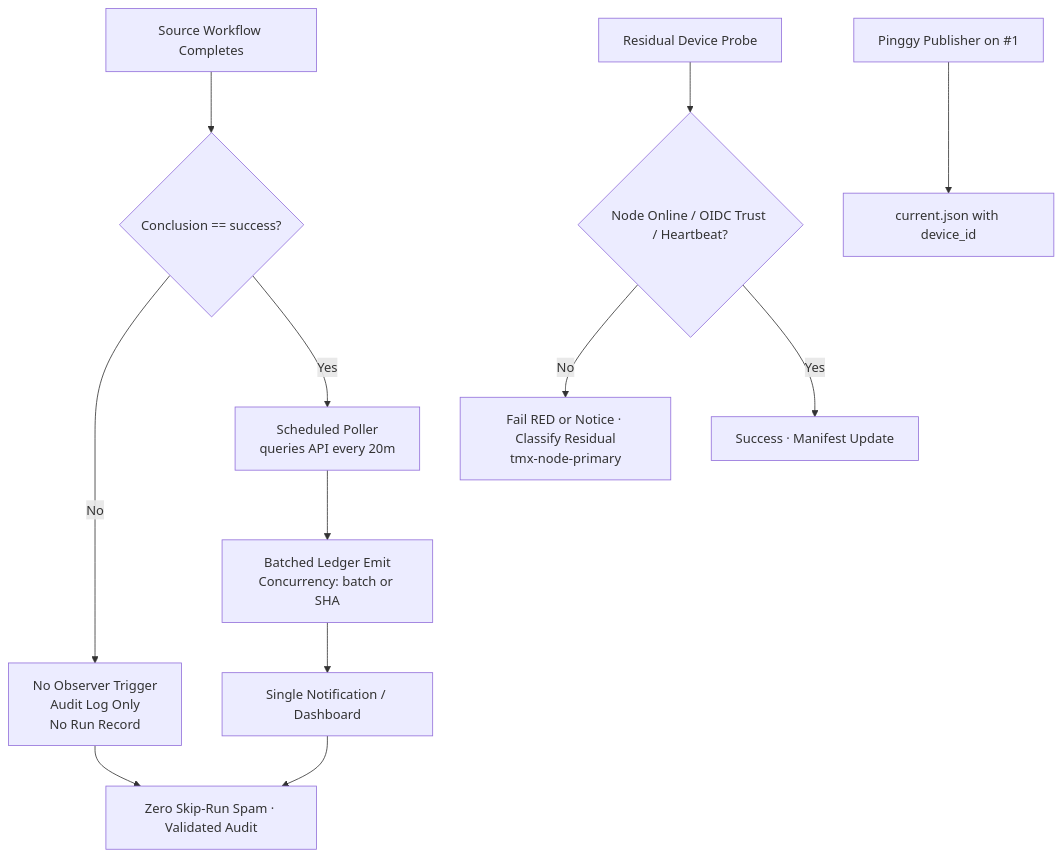
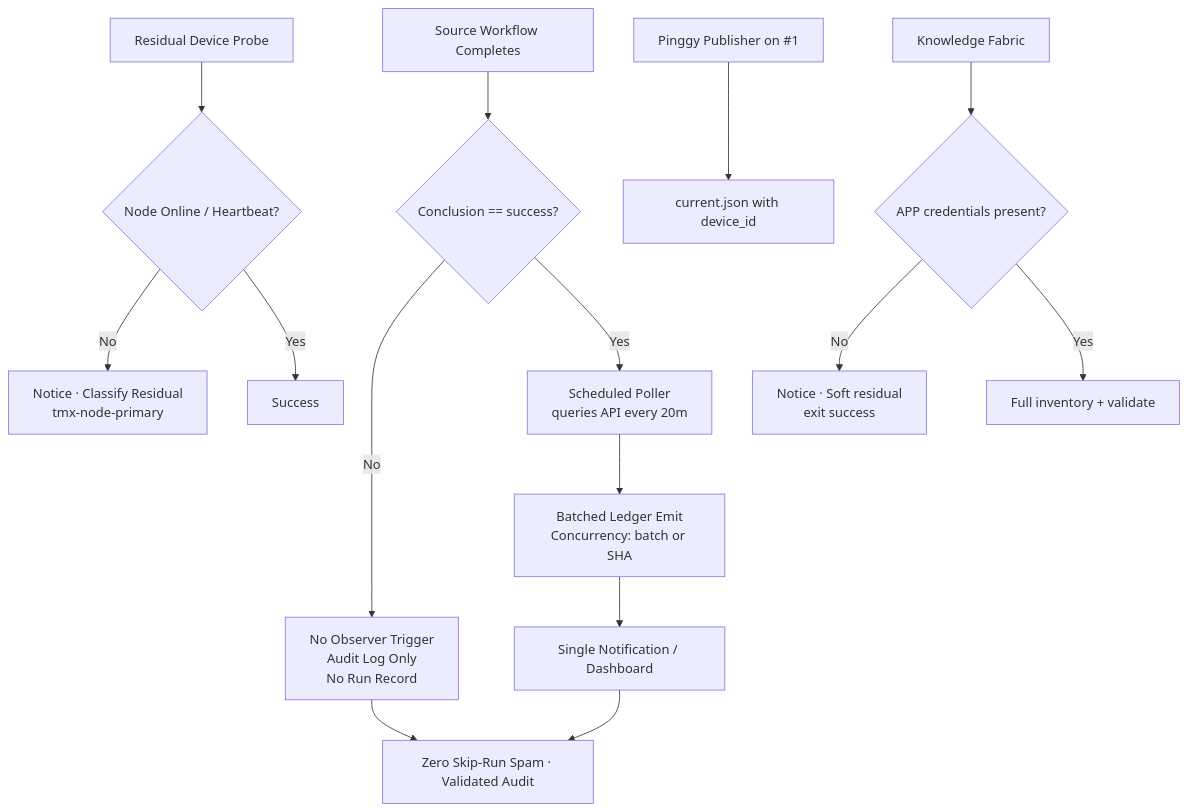
Before and after one commit to timerloggedout-spec/termux-monorepo: the diagram in docs/ops/ACTIONS-MATRIX.md, drawn with Mermaid. The commit also changed other lines of this file and 1 other file, not shown here.

First line of the commit message:
ops(actions): soft-fail remote-knowledge-fabric on missing App credentials + matrix live refresh 2026-10-26

````diff
--- a/docs/ops/ACTIONS-MATRIX.md
+++ b/docs/ops/ACTIONS-MATRIX.md
@@ -45,14 +32,17 @@
 ```mermaid
 flowchart TD
     A[Source Workflow Completes] --> B{Conclusion == success?}
     B -->|No| C[No Observer Trigger<br/>Audit Log Only<br/>No Run Record]
     B -->|Yes| D[Scheduled Poller<br/>queries API every 20m]
     D --> E[Batched Ledger Emit<br/>Concurrency: batch or SHA]
     E --> F[Single Notification / Dashboard]
     C --> G[Zero Skip-Run Spam · Validated Audit]
     F --> G
-    H[Residual Device Probe] --> I{Node Online / OIDC Trust / Heartbeat?}
-    I -->|No| J[Fail RED or Notice · Classify Residual<br/>tmx-node-primary]
-    I -->|Yes| K[Success · Manifest Update]
+    H[Residual Device Probe] --> I{Node Online / Heartbeat?}
+    I -->|No| J[Notice · Classify Residual<br/>tmx-node-primary]
+    I -->|Yes| K[Success]
     L[Pinggy Publisher on #1] --> M[current.json with device_id]
+    N[Knowledge Fabric] --> O{APP credentials present?}
+    O -->|No| P[Notice · Soft residual<br/>exit success]
+    O -->|Yes| Q[Full inventory + validate]
 ```
````
